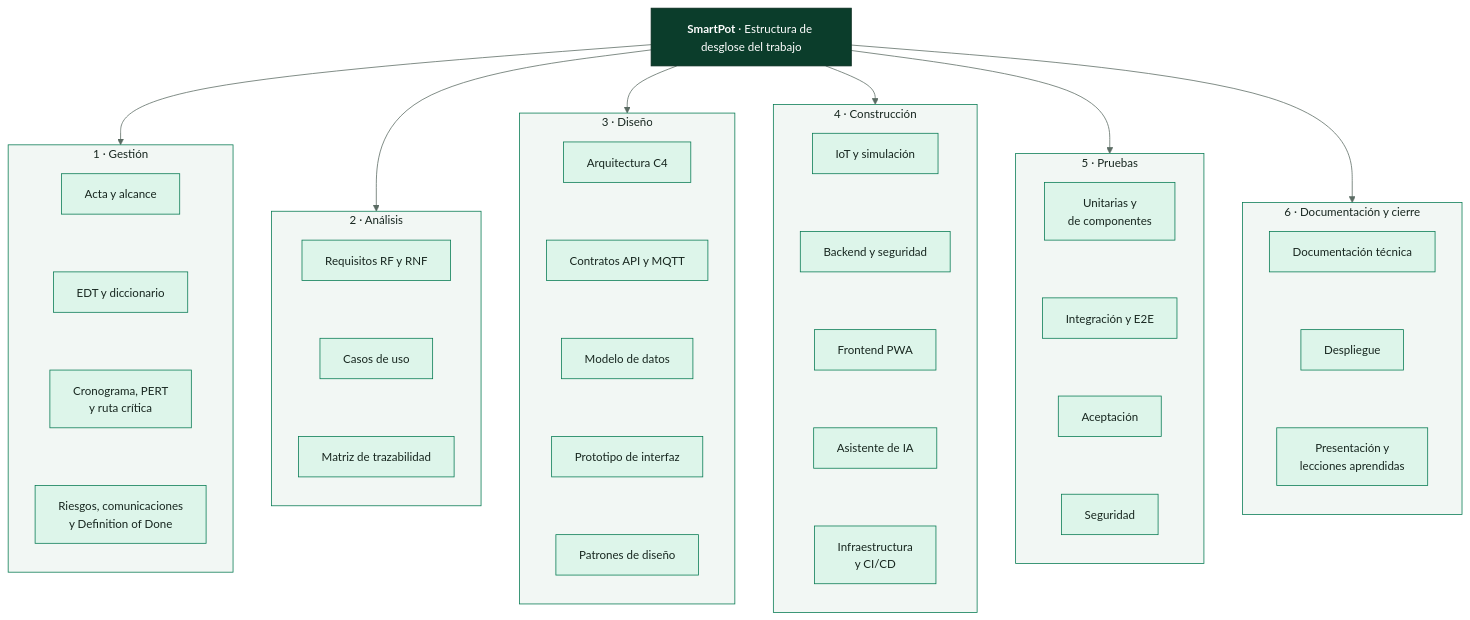
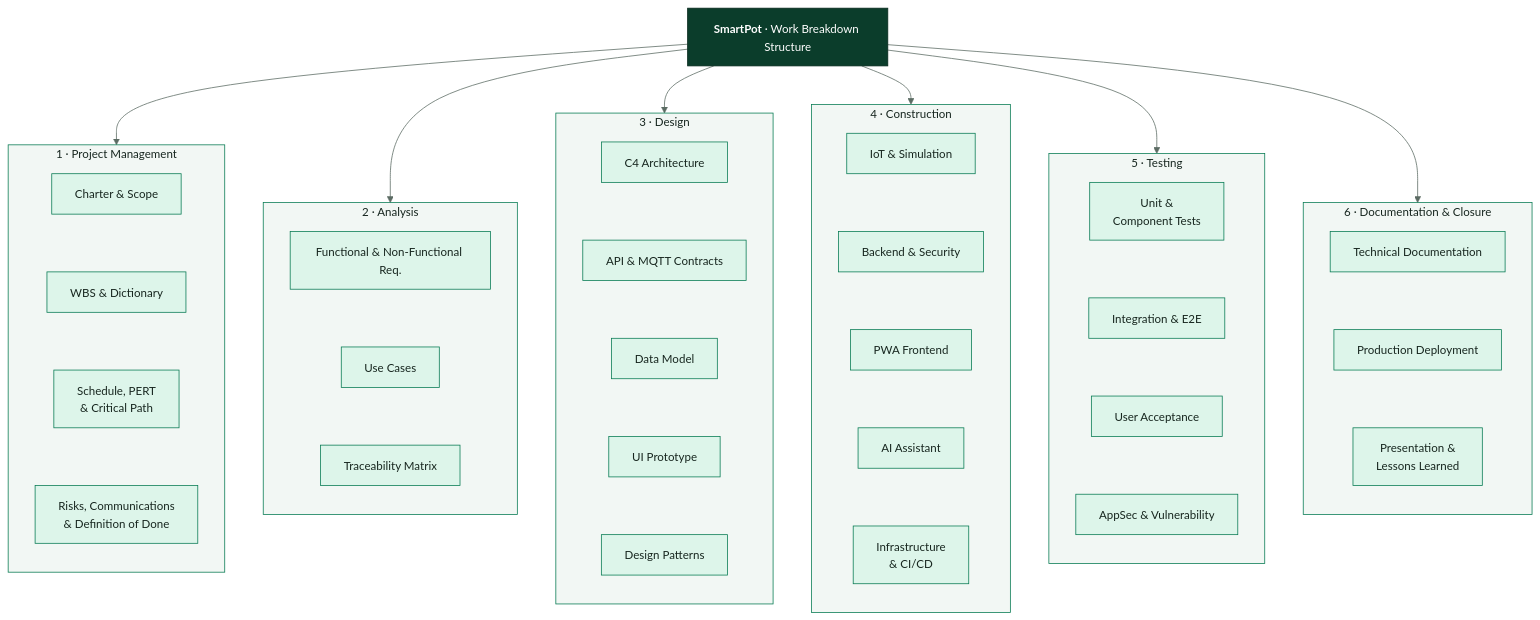
The diagram in docs/diagrams/SmartPot_21_WBS.mmd (SmartPotTech/.github), drawn with Mermaid before and after one commit. The commit also changed 186 other files, not shown here.

Commit message:
docs(specs): synchronize 100% english organization documentation, diagrams, and formal deliverables

```diff
--- a/docs/diagrams/SmartPot_21_WBS.mmd
+++ b/docs/diagrams/SmartPot_21_WBS.mmd
@@ -1,43 +1,43 @@
 %%{init: {"theme": "base", "fontFamily": "Segoe UI, Arial, sans-serif", "themeVariables": {"fontFamily": "Segoe UI, Arial, sans-serif", "fontSize": "15px", "primaryColor": "#DDF5EA", "primaryTextColor": "#17261F", "primaryBorderColor": "#067A52", "secondaryColor": "#E3F2FB", "secondaryTextColor": "#17261F", "secondaryBorderColor": "#1F6FA0", "tertiaryColor": "#F2F7F4", "tertiaryTextColor": "#17261F", "tertiaryBorderColor": "#D5E3DC", "lineColor": "#5B6B63", "textColor": "#17261F", "mainBkg": "#DDF5EA", "nodeBorder": "#067A52", "clusterBkg": "#F7FAF8", "clusterBorder": "#D5E3DC", "edgeLabelBackground": "#FFFFFF", "actorBkg": "#067A52", "actorBorder": "#0B3D2B", "actorTextColor": "#FFFFFF", "actorLineColor": "#5B6B63", "signalColor": "#17261F", "signalTextColor": "#17261F", "labelBoxBkgColor": "#0B3D2B", "labelBoxBorderColor": "#0B3D2B", "labelTextColor": "#FFFFFF", "loopTextColor": "#0B3D2B", "noteBkgColor": "#FDF4DD", "noteBorderColor": "#C98D12", "noteTextColor": "#17261F", "activationBkgColor": "#DDF5EA", "activationBorderColor": "#067A52", "attributeBackgroundColorOdd": "#FFFFFF", "attributeBackgroundColorEven": "#F2F7F4"}}}%%
 flowchart TB
-  root["<b>SmartPot</b> · Estructura de desglose del trabajo"]
-  subgraph g["1 · Gestión"]
+  root["<b>SmartPot</b> · Work Breakdown Structure"]
+  subgraph g["1 · Project Management"]
     direction TB
-    g1["Acta y alcance"] ~~~ g2["EDT y diccionario"] ~~~ g3["Cronograma, PERT<br/>y ruta crítica"] ~~~ g4["Riesgos, comunicaciones<br/>y Definition of Done"]
+    g1["Charter & Scope"] ~~~ g2["WBS & Dictionary"] ~~~ g3["Schedule, PERT<br/>& Critical Path"] ~~~ g4["Risks, Communications<br/>& Definition of Done"]
   end
-  subgraph a["2 · Análisis"]
+  subgraph a["2 · Analysis"]
     direction TB
-    a1["Requisitos RF y RNF"] ~~~ a2["Casos de uso"] ~~~ a3["Matriz de trazabilidad"]
+    a1["Functional & Non-Functional Req."] ~~~ a2["Use Cases"] ~~~ a3["Traceability Matrix"]
   end
-  subgraph d["3 · Diseño"]
+  subgraph d["3 · Design"]
     direction TB
-    d1["Arquitectura C4"] ~~~ d2["Contratos API y MQTT"] ~~~ d3["Modelo de datos"] ~~~ d4["Prototipo de interfaz"] ~~~ d5["Patrones de diseño"]
+    d1["C4 Architecture"] ~~~ d2["API & MQTT Contracts"] ~~~ d3["Data Model"] ~~~ d4["UI Prototype"] ~~~ d5["Design Patterns"]
   end
-  subgraph c["4 · Construcción"]
+  subgraph c["4 · Construction"]
     direction TB
-    c1["IoT y simulación"] ~~~ c2["Backend y seguridad"] ~~~ c3["Frontend PWA"] ~~~ c4["Asistente de IA"] ~~~ c5["Infraestructura<br/>y CI/CD"]
+    c1["IoT & Simulation"] ~~~ c2["Backend & Security"] ~~~ c3["PWA Frontend"] ~~~ c4["AI Assistant"] ~~~ c5["Infrastructure<br/>& CI/CD"]
   end
-  subgraph p["5 · Pruebas"]
+  subgraph p["5 · Testing"]
     direction TB
-    p1["Unitarias y<br/>de componentes"] ~~~ p2["Integración y E2E"] ~~~ p3["Aceptación"] ~~~ p4["Seguridad"]
+    p1["Unit &<br/>Component Tests"] ~~~ p2["Integration & E2E"] ~~~ p3["User Acceptance"] ~~~ p4["AppSec & Vulnerability"]
   end
-  subgraph x["6 · Documentación y cierre"]
+  subgraph x["6 · Documentation & Closure"]
     direction TB
-    x1["Documentación técnica"] ~~~ x2["Despliegue"] ~~~ x3["Presentación y<br/>lecciones aprendidas"]
+    x1["Technical Documentation"] ~~~ x2["Production Deployment"] ~~~ x3["Presentation &<br/>Lessons Learned"]
   end
   root --> g & a & d & c & p & x
   classDef leaf fill:#DDF5EA,stroke:#067A52,color:#17261F
   classDef water fill:#E3F2FB,stroke:#1F6FA0,color:#17261F
   classDef sun fill:#FDF4DD,stroke:#C98D12,color:#17261F
   classDef clay fill:#FBE9E1,stroke:#B85A38,color:#17261F
   classDef core fill:#067A52,stroke:#0B3D2B,color:#FFFFFF
   classDef deep fill:#0B3D2B,stroke:#06281C,color:#FFFFFF
   classDef muted fill:#F2F7F4,stroke:#5B6B63,color:#17261F
   class root deep
   class g1,g2,g3,g4,a1,a2,a3,d1,d2,d3,d4,d5,c1,c2,c3,c4,c5,p1,p2,p3,p4,x1,x2,x3 leaf
   style g fill:#F2F7F4,stroke:#067A52
   style a fill:#F2F7F4,stroke:#067A52
   style d fill:#F2F7F4,stroke:#067A52
   style c fill:#F2F7F4,stroke:#067A52
   style p fill:#F2F7F4,stroke:#067A52
   style x fill:#F2F7F4,stroke:#067A52
```
